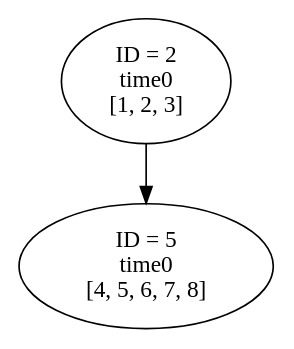
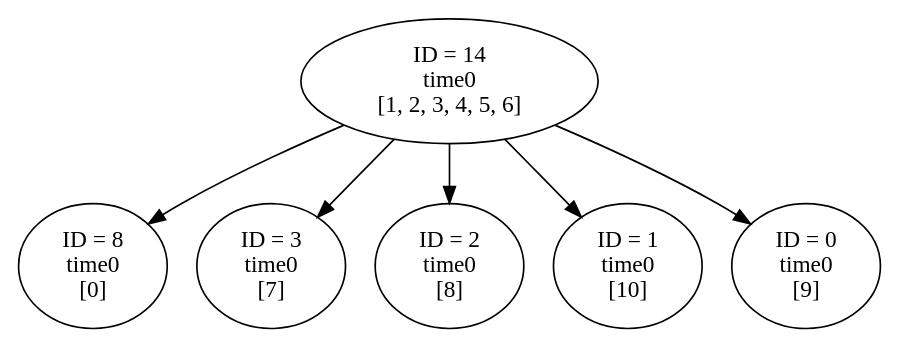
One commit to zzzzzec/work changed the diagram in gt/SCCGraph/graph0.gv. Above: the diagram before and after it, drawn with Graphviz. The commit also changed 83 other files, not shown here.

```diff
--- a/gt/SCCGraph/graph0.gv
+++ b/gt/SCCGraph/graph0.gv
@@ -1,10 +1,26 @@
 // sccGraph0
 digraph {
+	8 [label="ID = 8
+time0
+[0]"]
+	3 [label="ID = 3
+time0
+[7]"]
 	2 [label="ID = 2
 time0
-[1, 2, 3]"]
-	5 [label="ID = 5
+[8]"]
+	1 [label="ID = 1
 time0
-[4, 5, 6, 7, 8]"]
-	2 -> 5
+[10]"]
+	0 [label="ID = 0
+time0
+[9]"]
+	14 [label="ID = 14
+time0
+[1, 2, 3, 4, 5, 6]"]
+	14 -> 8
+	14 -> 3
+	14 -> 2
+	14 -> 1
+	14 -> 0
 }
```
